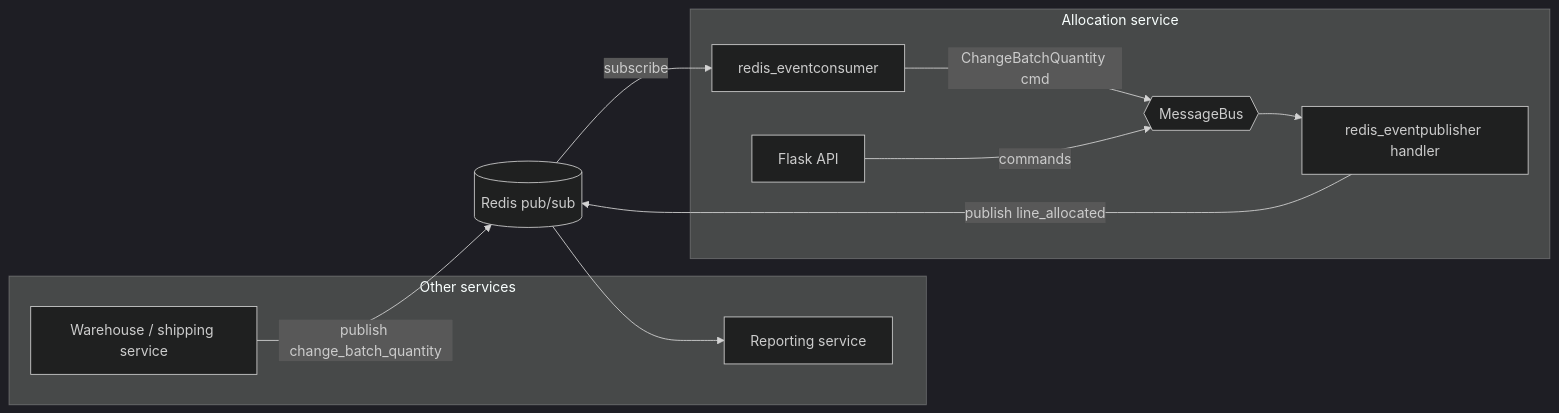
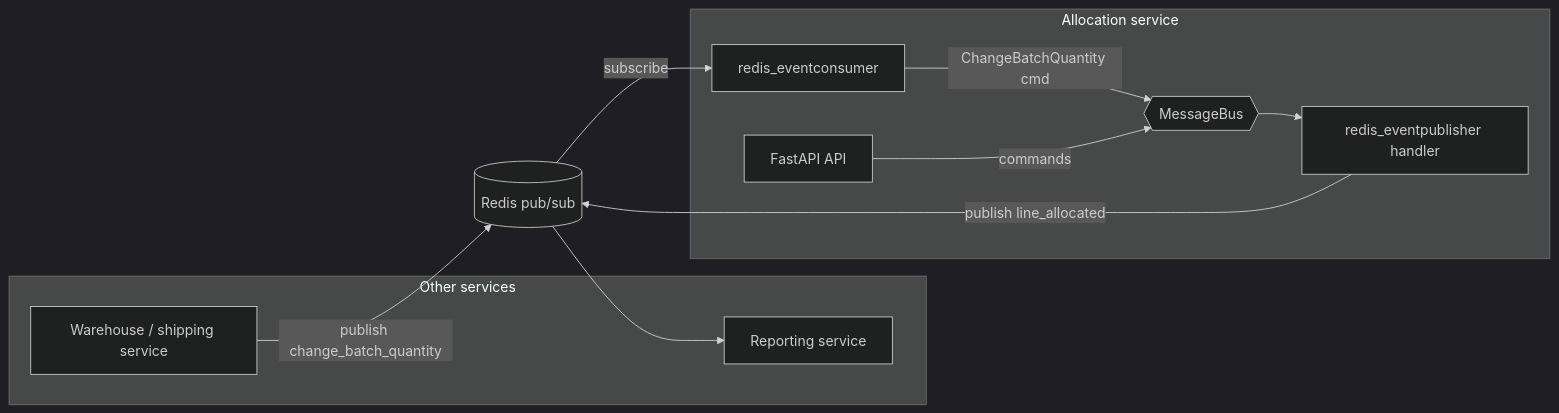
One commit to Thommans-Playground/playground-cosmic-python changed the first of 2 diagrams in study-guide/ch11-integration.md. Above: the diagram before and after it, drawn with Mermaid (dark theme). The commit also changed other lines of this file and 17 other files, not shown here.

First line of the commit message:
Refactor allocation service to use FastAPI and implement dependency injection

````diff
--- a/study-guide/ch11-integration.md
+++ b/study-guide/ch11-integration.md
@@ -16,16 +16,16 @@
 ```mermaid
 flowchart LR
     subgraph Ext["Other services"]
         WH[Warehouse / shipping service]
         RP[Reporting service]
     end
     subgraph Alloc["Allocation service"]
         Cons[redis_eventconsumer] -->|ChangeBatchQuantity cmd| Bus{{MessageBus}}
-        API[Flask API] -->|commands| Bus
+        API[FastAPI API] -->|commands| Bus
         Bus --> Pub[redis_eventpublisher handler]
     end
     WH -->|publish change_batch_quantity| Redis[(Redis pub/sub)]
     Redis -->|subscribe| Cons
     Pub -->|publish line_allocated| Redis
     Redis --> RP
 ```
````
